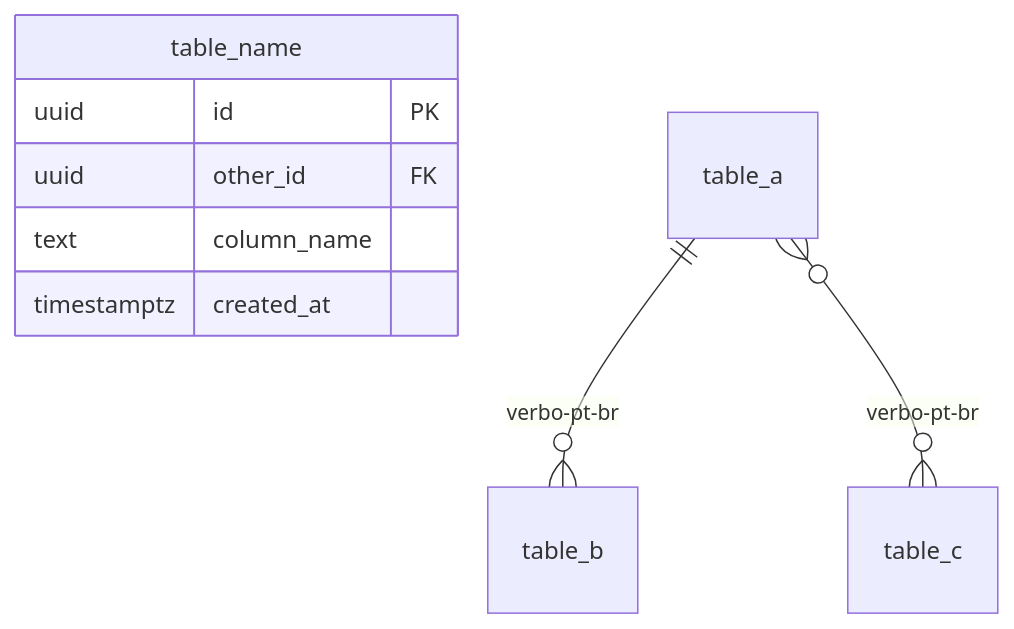
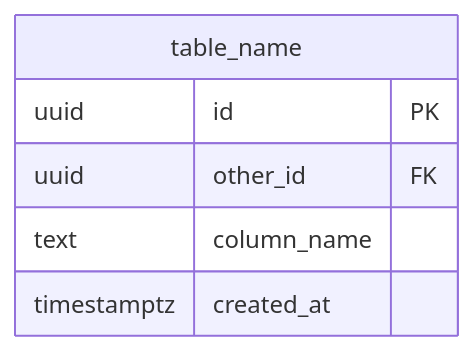
Before and after one commit to gzorzii/demo-learn: the diagram in .claude/agents/database-architect.md, drawn with Mermaid. The commit also changed 5 other files, not shown here.

````diff
--- a/.claude/agents/database-architect.md
+++ b/.claude/agents/database-architect.md
@@ -42,11 +42,9 @@
 ```mermaid
 erDiagram
     table_name {
         uuid id PK
         uuid other_id FK
         text column_name
         timestamptz created_at
     }
-    table_a ||--o{ table_b : "verbo-pt-br"
-    table_a }o--o{ table_c : "verbo-pt-br"
 ```
````
